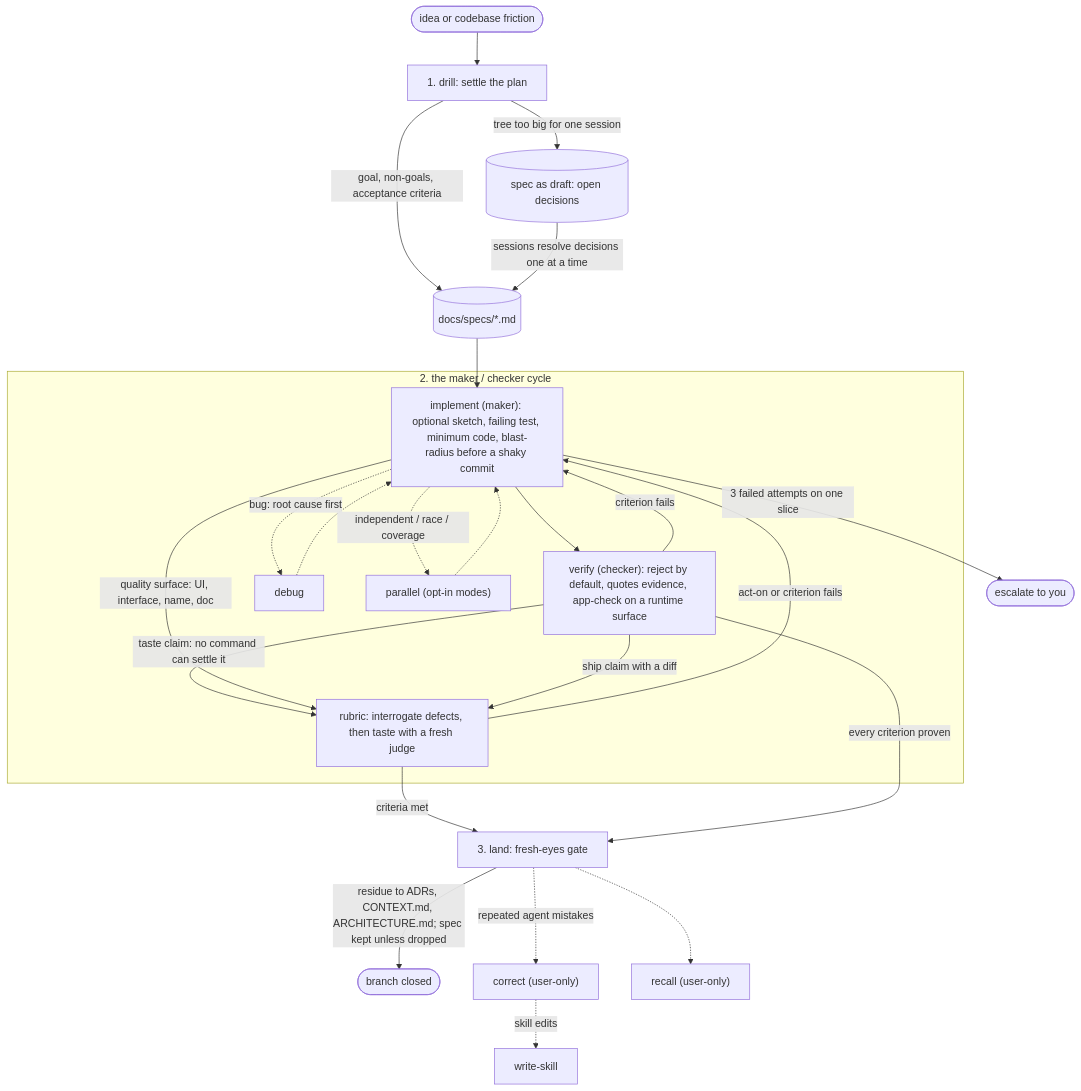
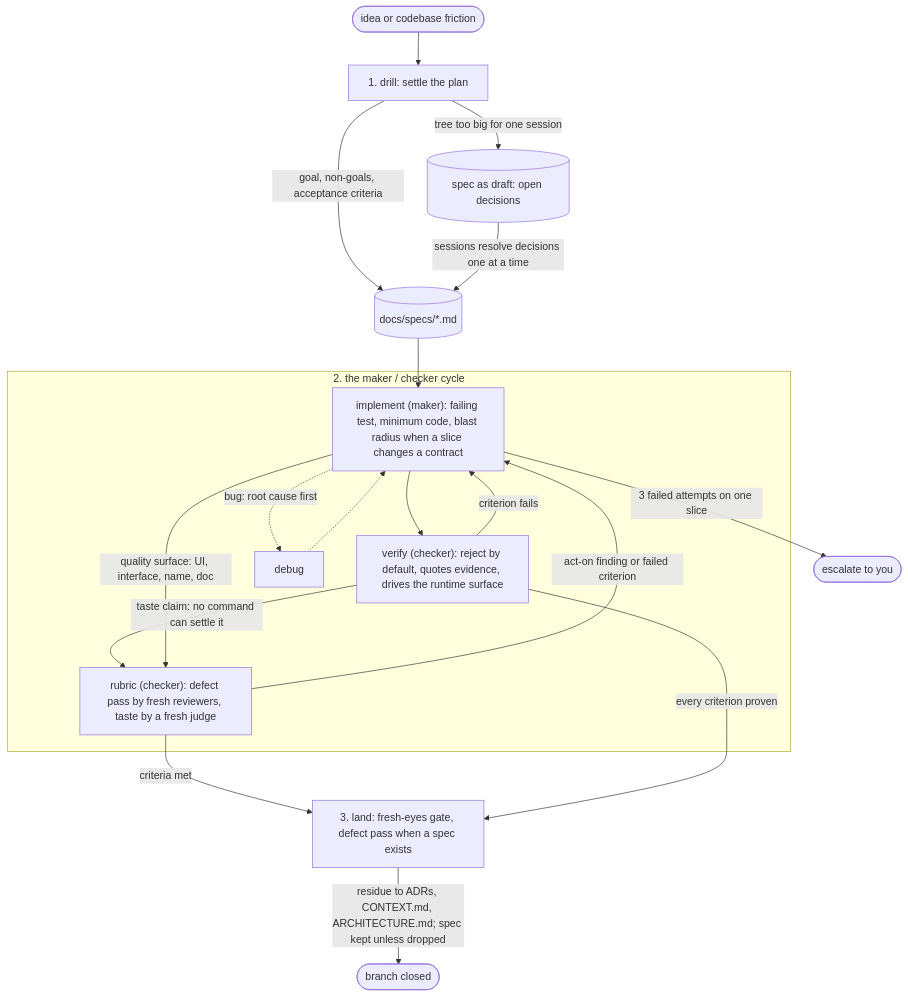
One commit to pwguler/skills changed the diagram in README.md. Above: the diagram before and after it, drawn with Mermaid. The commit also changed other lines of this file and 44 other files, not shown here.

````diff
--- a/README.md
+++ b/README.md
@@ -53,29 +36,23 @@
 ```mermaid
 flowchart TD
     idea([idea or codebase friction]) --> drill["1. drill: settle the plan"]
     drill -- "goal, non-goals, acceptance criteria" --> spec[("docs/specs/*.md")]
     drill -- "tree too big for one session" --> draft[("spec as draft: open decisions")]
     draft -- "sessions resolve decisions one at a time" --> spec
     spec --> impl
 
     subgraph cycle["2. the maker / checker cycle"]
-        impl["implement (maker): optional sketch, failing test, minimum code, blast-radius before a shaky commit"] --> verify["verify (checker): reject by default, quotes evidence, app-check on a runtime surface"]
+        impl["implement (maker): failing test, minimum code, blast radius when a slice changes a contract"] --> verify["verify (checker): reject by default, quotes evidence, drives the runtime surface"]
         verify -- "criterion fails" --> impl
         impl -. "bug: root cause first" .-> debug
         debug -.-> impl
-        impl -. "independent / race / coverage" .-> par["parallel (opt-in modes)"]
-        par -.-> impl
-        rub["rubric: interrogate defects, then taste with a fresh judge"] -- "act-on or criterion fails" --> impl
+        rub["rubric (checker): defect pass by fresh reviewers, taste by a fresh judge"] -- "act-on finding or failed criterion" --> impl
     end
 
     verify -- "taste claim: no command can settle it" --> rub
     impl -- "quality surface: UI, interface, name, doc" --> rub
-    verify -- "ship claim with a diff" --> rub
     rub -- "criteria met" --> land
-    verify -- "every criterion proven" --> land["3. land: fresh-eyes gate"]
+    verify -- "every criterion proven" --> land["3. land: fresh-eyes gate, defect pass when a spec exists"]
     impl -- "3 failed attempts on one slice" --> you(["escalate to you"])
     land -- "residue to ADRs, CONTEXT.md, ARCHITECTURE.md; spec kept unless dropped" --> done([branch closed])
-    land -. "repeated agent mistakes" .-> correct["correct (user-only)"]
-    land -.-> recall["recall (user-only)"]
-    correct -. "skill edits" .-> writeskill["write-skill"]
 ```
````
